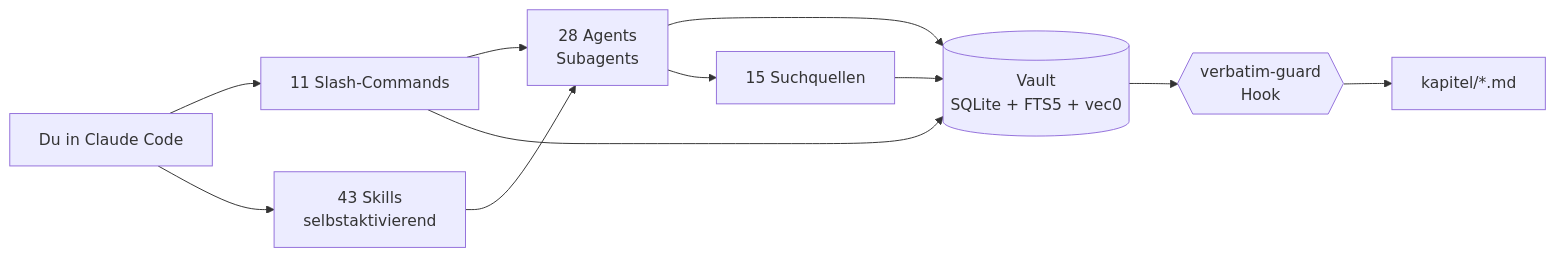
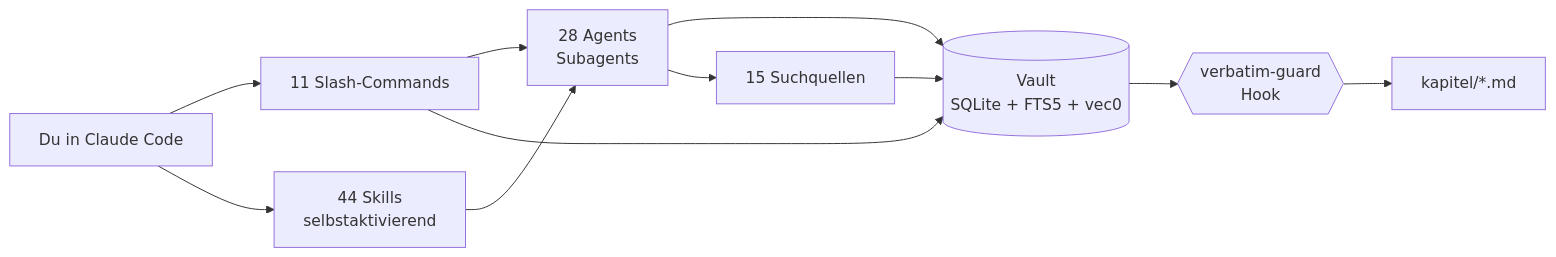
The diagram in README.md (ahlerjam/academic-research), drawn with Mermaid before and after one commit. The commit also changed other lines of this file and 17 other files, not shown here.

````diff
--- a/README.md
+++ b/README.md
@@ -78,13 +78,13 @@
 ```mermaid
 graph LR
     U[Du in Claude Code] --> C[11 Slash-Commands]
-    U --> S[43 Skills<br/>selbstaktivierend]
+    U --> S[44 Skills<br/>selbstaktivierend]
     C --> A[28 Agents<br/>Subagents]
     S --> A
     A --> V[(Vault<br/>SQLite + FTS5 + vec0)]
     C --> V
     A --> Q[15 Suchquellen]
     Q --> V
     V --> H{{verbatim-guard<br/>Hook}}
     H --> K[kapitel/*.md]
 ```
````
